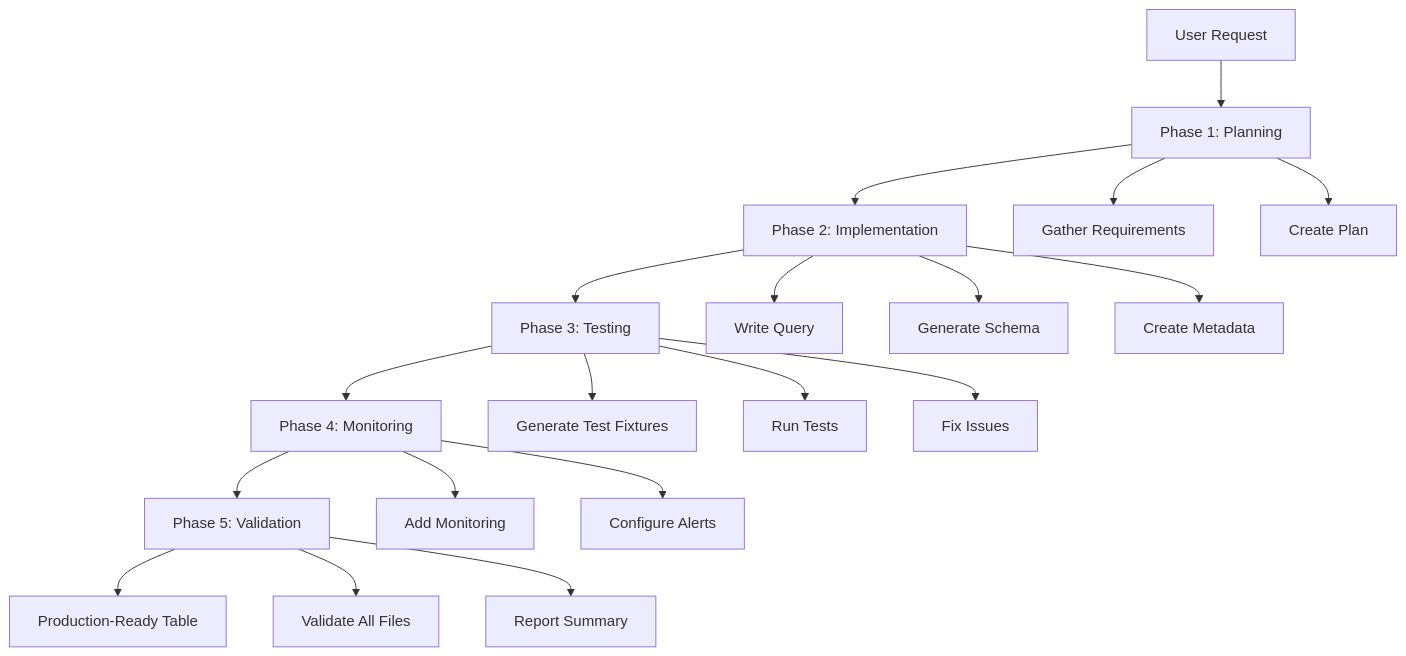
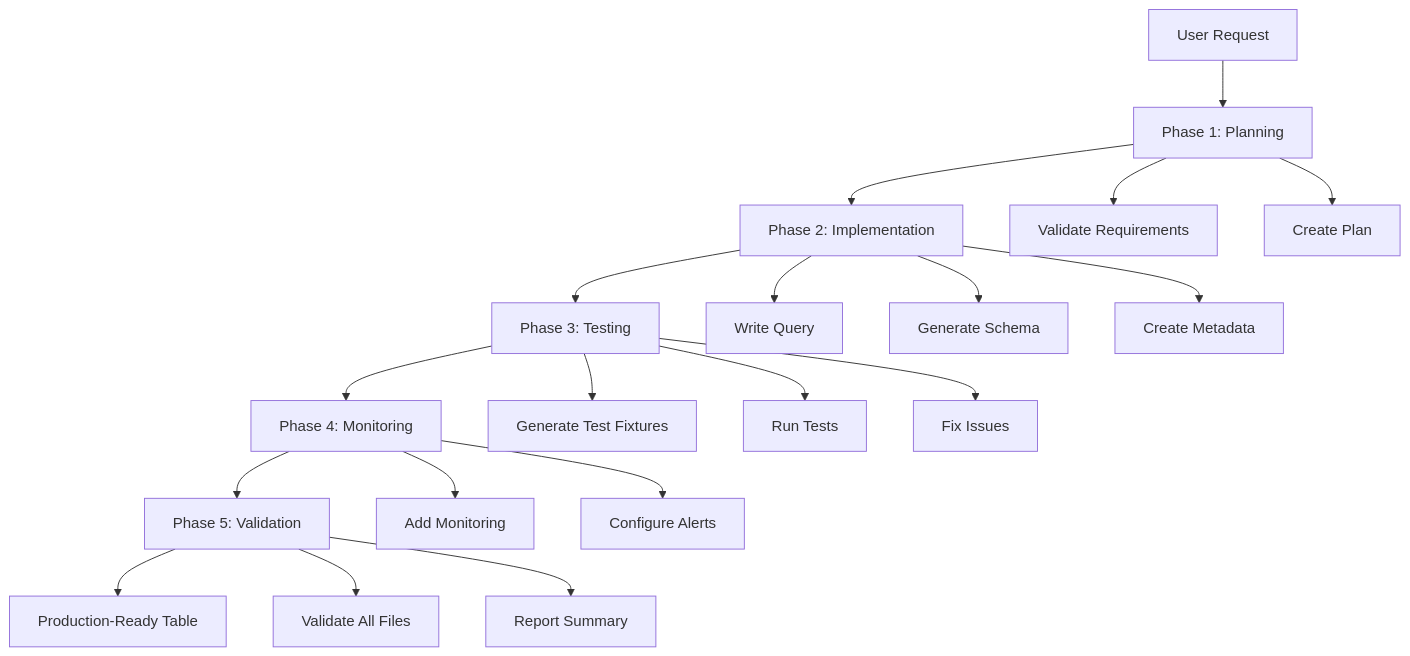
Before and after one commit to mozilla/bigquery-etl-skills: the diagram in docs/agents/available-agents.md, drawn with Mermaid. The commit also changed other lines of this file and 3 other files, not shown here.

````diff
--- a/docs/agents/available-agents.md
+++ b/docs/agents/available-agents.md
@@ -31,26 +34,26 @@
 ```mermaid
 graph TB
     A[User Request] --> B[Phase 1: Planning]
     B --> C[Phase 2: Implementation]
     C --> D[Phase 3: Testing]
     D --> E[Phase 4: Monitoring]
     E --> F[Phase 5: Validation]
     F --> G[Production-Ready Table]
 
-    B --> B1[Gather Requirements]
+    B --> B1[Validate Requirements]
     B --> B2[Create Plan]
 
     C --> C1[Write Query]
     C --> C2[Generate Schema]
     C --> C3[Create Metadata]
 
     D --> D1[Generate Test Fixtures]
     D --> D2[Run Tests]
     D --> D3[Fix Issues]
 
     E --> E1[Add Monitoring]
     E --> E2[Configure Alerts]
 
     F --> F1[Validate All Files]
     F --> F2[Report Summary]
 ```
````
